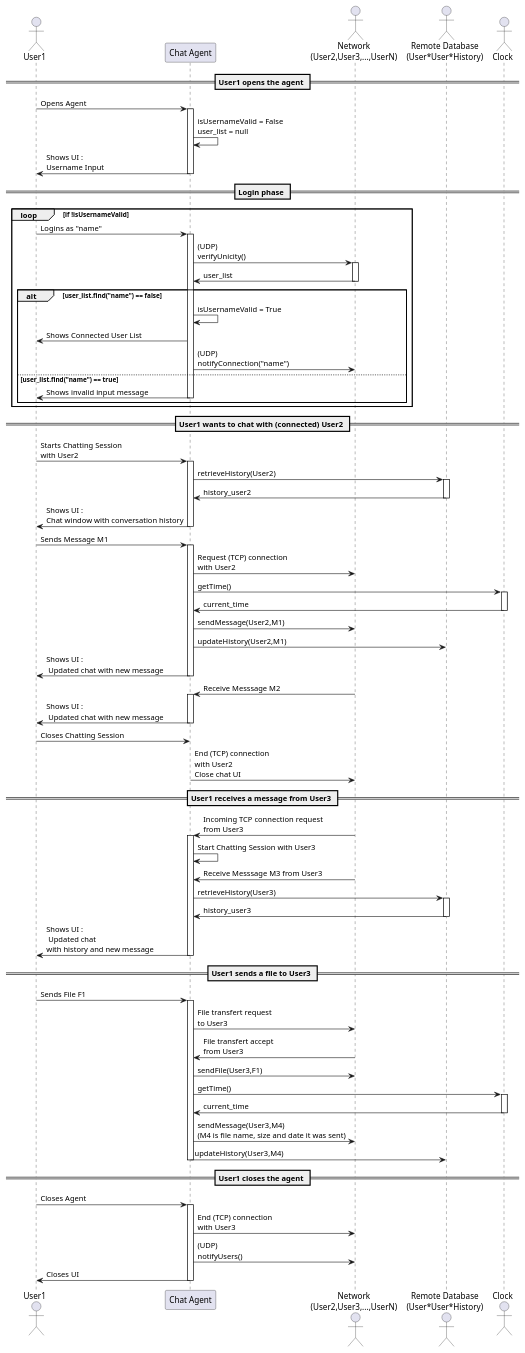
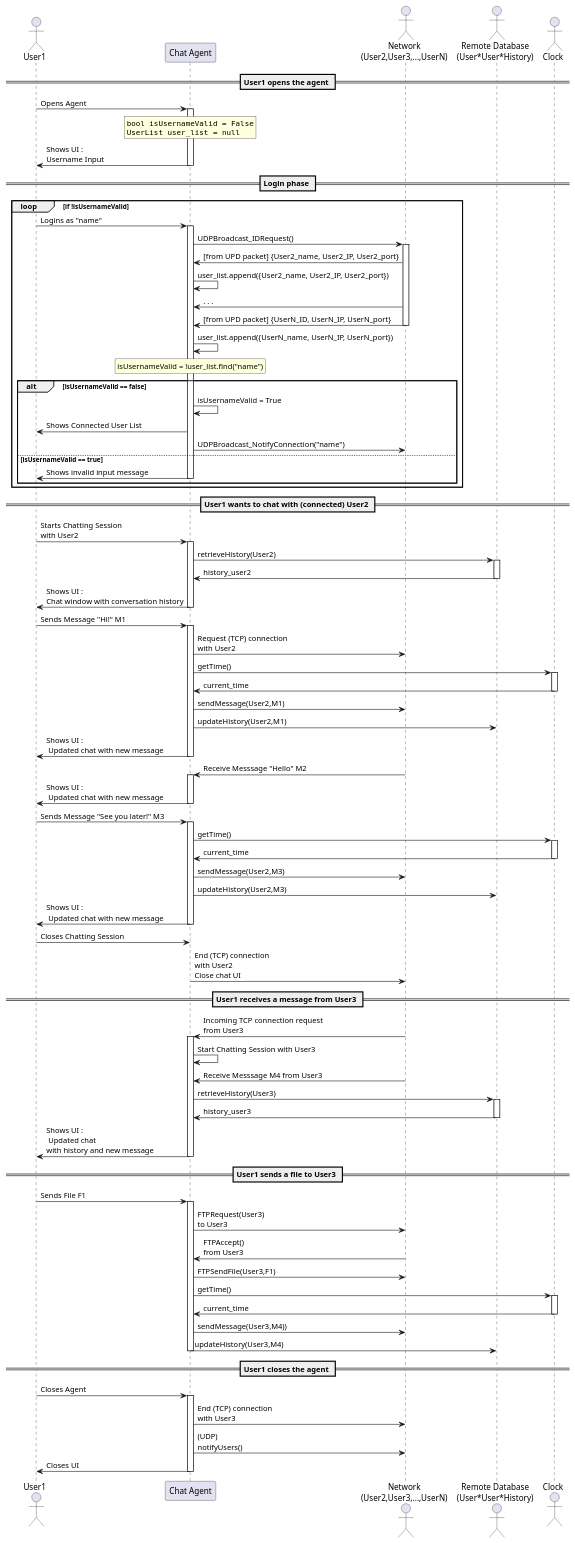
Before and after one commit to scanim-valentin/decentralized-chat-system: the diagram in PlantUML/sequence_black_box.wsd, drawn with PlantUML. The commit also changed 2 other files, not shown here.

```diff
--- a/PlantUML/sequence_black_box.wsd
+++ b/PlantUML/sequence_black_box.wsd
@@ -1,78 +1,90 @@
 @startuml sequence_black_box
 actor User1 as User
 participant "Chat Agent" as chatAgent
 actor "Network\n(User2,User3,...,UserN)" as Network
 actor "Remote Database\n(User*User*History)" as db
 actor "Clock" as Clock
 
 == User1 opens the agent ==
 
 User -> chatAgent ++ : Opens Agent
-  chatAgent -> chatAgent : isUsernameValid = False\nuser_list = null
+ rnote over chatAgent: ""bool isUsernameValid = False""\n""UserList user_list = null""
 chatAgent -> User -- : Shows UI :\nUsername Input
 
 == Login phase ==
 
 loop if !isUsernameValid
 User -> chatAgent ++ : Logins as "name"
 
-chatAgent -> Network ++ : (UDP)\nverifyUnicity()
-Network -> chatAgent -- : user_list
- 
-alt user_list.find("name") == false
+chatAgent -> Network ++ : UDPBroadcast_IDRequest()
+Network -> chatAgent : [from UPD packet] {User2_name, User2_IP, User2_port} 
+chatAgent -> chatAgent : user_list.append({User2_name, User2_IP, User2_port})
+Network -> chatAgent : . . . 
+Network -> chatAgent -- : [from UPD packet] {UserN_ID, UserN_IP, UserN_port}
+chatAgent -> chatAgent : user_list.append({UserN_name, UserN_IP, UserN_port})
+rnote over chatAgent:  isUsernameValid = !user_list.find("name")
+
+alt isUsernameValid == false
 chatAgent -> chatAgent : isUsernameValid = True
 User <- chatAgent : Shows Connected User List
-chatAgent -> Network : (UDP)\nnotifyConnection("name")
-    else user_list.find("name") == true
+chatAgent -> Network : UDPBroadcast_NotifyConnection("name")
+    else isUsernameValid == true
 User <- chatAgent -- : Shows invalid input message
     end
 end
 
 == User1 wants to chat with (connected) User2 ==
 
 User -> chatAgent ++ : Starts Chatting Session\nwith User2
   chatAgent -> db ++ : retrieveHistory(User2)
   db -> chatAgent -- : history_user2
 chatAgent -> User -- : Shows UI :\nChat window with conversation history
 
-User -> chatAgent ++ : Sends Message M1
+User -> chatAgent ++ : Sends Message "Hi!" M1 
   chatAgent -> Network : Request (TCP) connection\nwith User2
   chatAgent -> Clock ++ : getTime()
   Clock -> chatAgent -- : current_time
   chatAgent -> Network : sendMessage(User2,M1)
   chatAgent -> db : updateHistory(User2,M1)
 chatAgent -> User -- : Shows UI :\n Updated chat with new message
 
-Network -> chatAgent ++ : Receive Messsage M2
+Network -> chatAgent ++ : Receive Messsage "Hello" M2 
+chatAgent -> User -- : Shows UI :\n Updated chat with new message
+
+User -> chatAgent ++ : Sends Message "See you later!" M3 
+  chatAgent -> Clock ++ : getTime()
+  Clock -> chatAgent -- : current_time
+  chatAgent -> Network : sendMessage(User2,M3)
+  chatAgent -> db : updateHistory(User2,M3)
 chatAgent -> User -- : Shows UI :\n Updated chat with new message
 
 User -> chatAgent : Closes Chatting Session
 chatAgent -> Network : End (TCP) connection\nwith User2\nClose chat UI
 
 == User1 receives a message from User3 ==
 
 Network -> chatAgent ++ : Incoming TCP connection request\nfrom User3
 chatAgent -> chatAgent : Start Chatting Session with User3
-Network -> chatAgent : Receive Messsage M3 from User3
+Network -> chatAgent : Receive Messsage M4 from User3
 
   chatAgent -> db ++ : retrieveHistory(User3) 
   db -> chatAgent -- : history_user3
 chatAgent -> User -- : Shows UI :\n Updated chat\nwith history and new message
 
 == User1 sends a file to User3 ==
 User -> chatAgent ++ : Sends File F1
-chatAgent -> Network : File transfert request\nto User3
-Network -> chatAgent : File transfert accept\nfrom User3
-chatAgent -> Network : sendFile(User3,F1)
+chatAgent -> Network : FTPRequest(User3)\nto User3
+Network -> chatAgent : FTPAccept()\nfrom User3
+chatAgent -> Network : FTPSendFile(User3,F1)
 chatAgent -> Clock ++ : getTime()
 Clock -> chatAgent -- : current_time
-chatAgent -> Network : sendMessage(User3,M4)\n(M4 is file name, size and date it was sent)
+chatAgent -> Network : sendMessage(User3,M4))
 chatAgent -> db -- : updateHistory(User3,M4)
 == User1 closes the agent ==
 
 User -> chatAgent ++ : Closes Agent
   chatAgent -> Network : End (TCP) connection\nwith User3
   chatAgent -> Network : (UDP)\nnotifyUsers()
 chatAgent -> User -- : Closes UI
 
 @enduml
```
